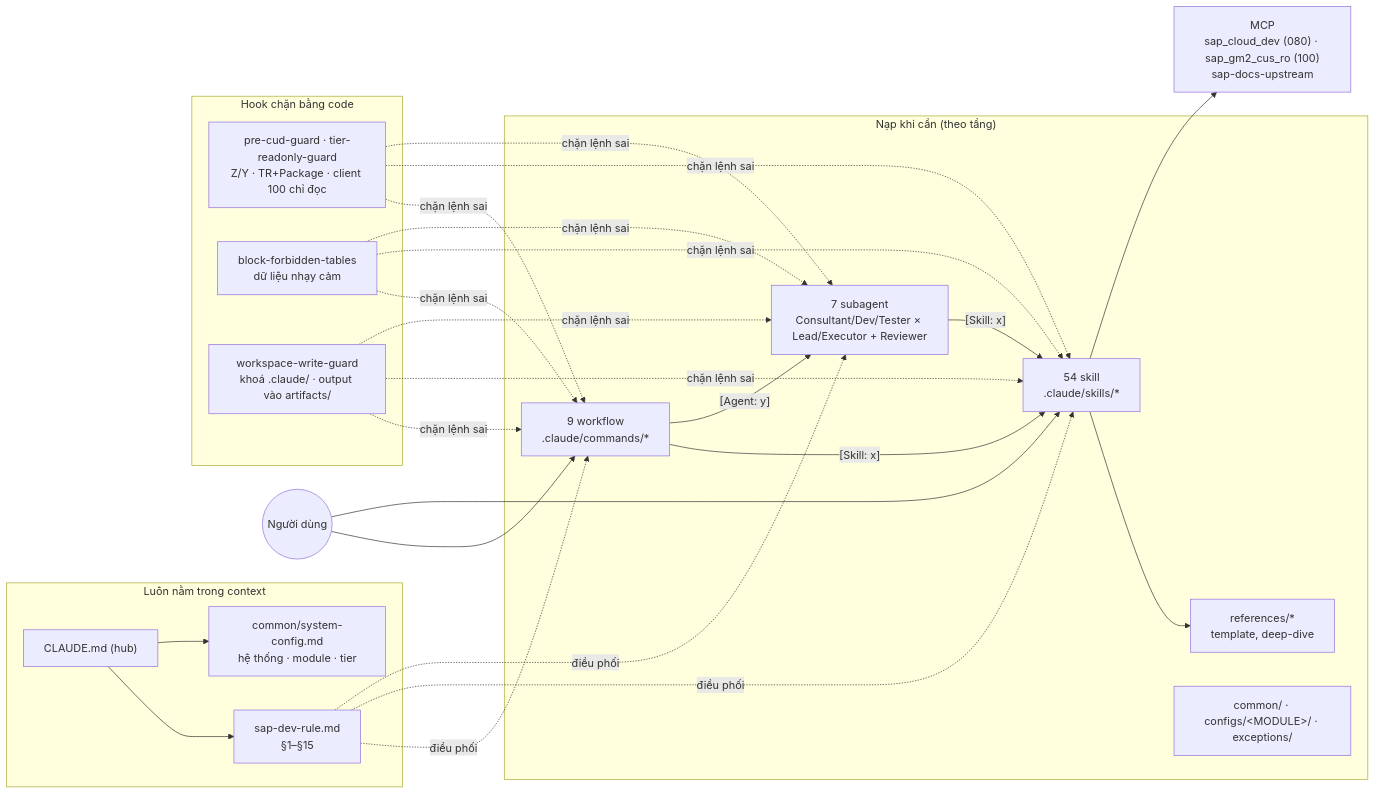
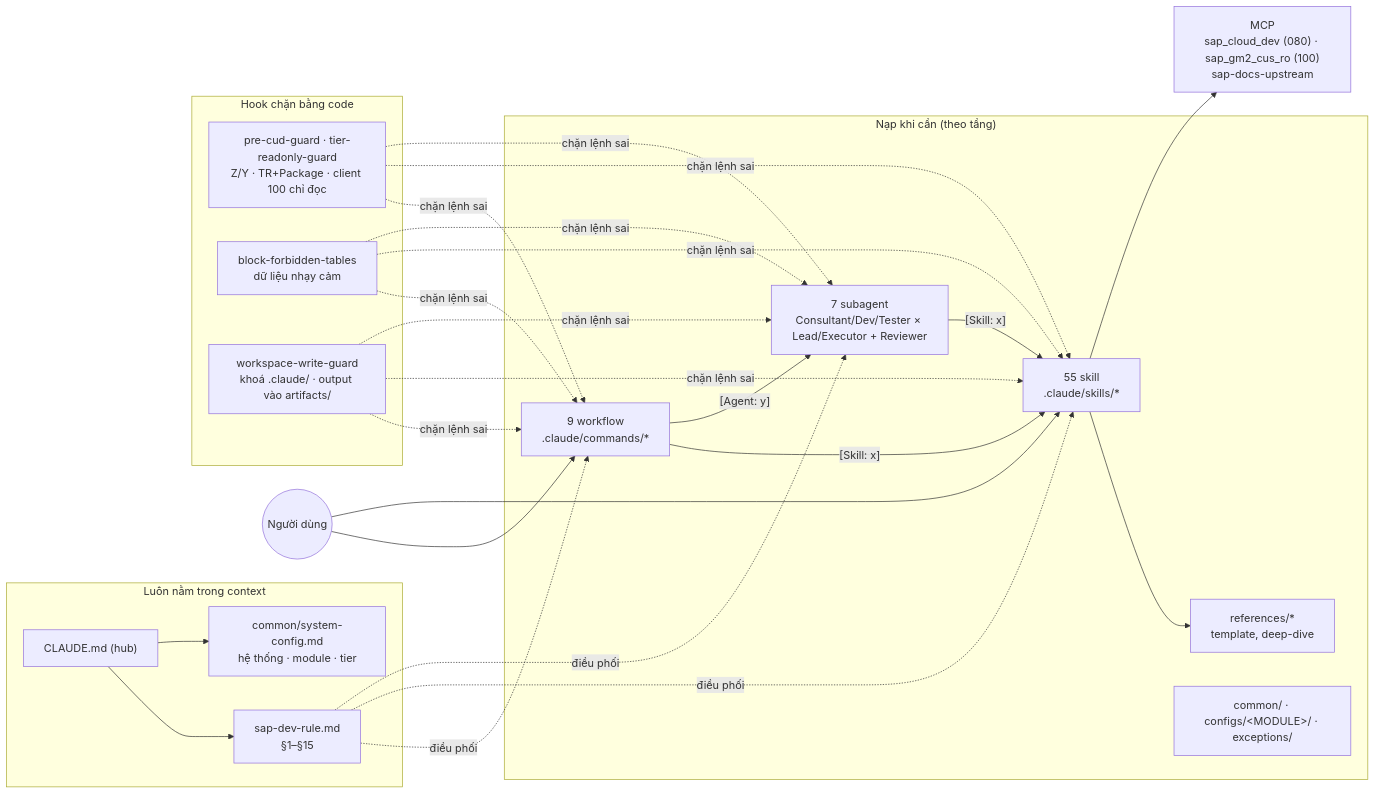
One commit to kienannh0403/sap_cloud_ai_workspace changed the first of 2 diagrams in README.md. Above: the diagram before and after it, drawn with Mermaid. The commit also changed other lines of this file and 7 other files, not shown here.

First line of the commit message:
feat: excel-form-template skill, UM v0.2 and Excel form naming rule

````diff
--- a/README.md
+++ b/README.md
@@ -30,26 +30,26 @@
 ```mermaid
 flowchart LR
     subgraph CTX["Luôn nằm trong context"]
         CM["CLAUDE.md (hub)"] --> RULE["sap-dev-rule.md<br/>§1–§15"]
         CM --> CFG["common/system-config.md<br/>hệ thống · module · tier"]
     end
     subgraph ONDEMAND["Nạp khi cần (theo tầng)"]
-        SK["54 skill<br/>.claude/skills/*"] --> REF["references/*<br/>template, deep-dive"]
+        SK["55 skill<br/>.claude/skills/*"] --> REF["references/*<br/>template, deep-dive"]
         WF["9 workflow<br/>.claude/commands/*"]
         AG["7 subagent<br/>Consultant/Dev/Tester × Lead/Executor + Reviewer"]
         LAYER["common/ · configs/&lt;MODULE&gt;/ · exceptions/"]
     end
     subgraph ENFORCE["Hook chặn bằng code"]
         H1["pre-cud-guard · tier-readonly-guard<br/>Z/Y · TR+Package · client 100 chỉ đọc"]
         H2["block-forbidden-tables<br/>dữ liệu nhạy cảm"]
         H3["workspace-write-guard<br/>khoá .claude/ · output vào artifacts/"]
     end
     USER((Người dùng)) --> WF
     USER --> SK
     WF -->|"[Skill: x]"| SK
     WF -->|"[Agent: y]"| AG
     AG -->|"[Skill: x]"| SK
     RULE -.điều phối.-> WF & SK & AG
     H1 & H2 & H3 -.chặn lệnh sai.-> WF & SK & AG
     SK --> MCP["MCP<br/>sap_cloud_dev (080) · sap_gm2_cus_ro (100)<br/>sap-docs-upstream"]
 ```
````
